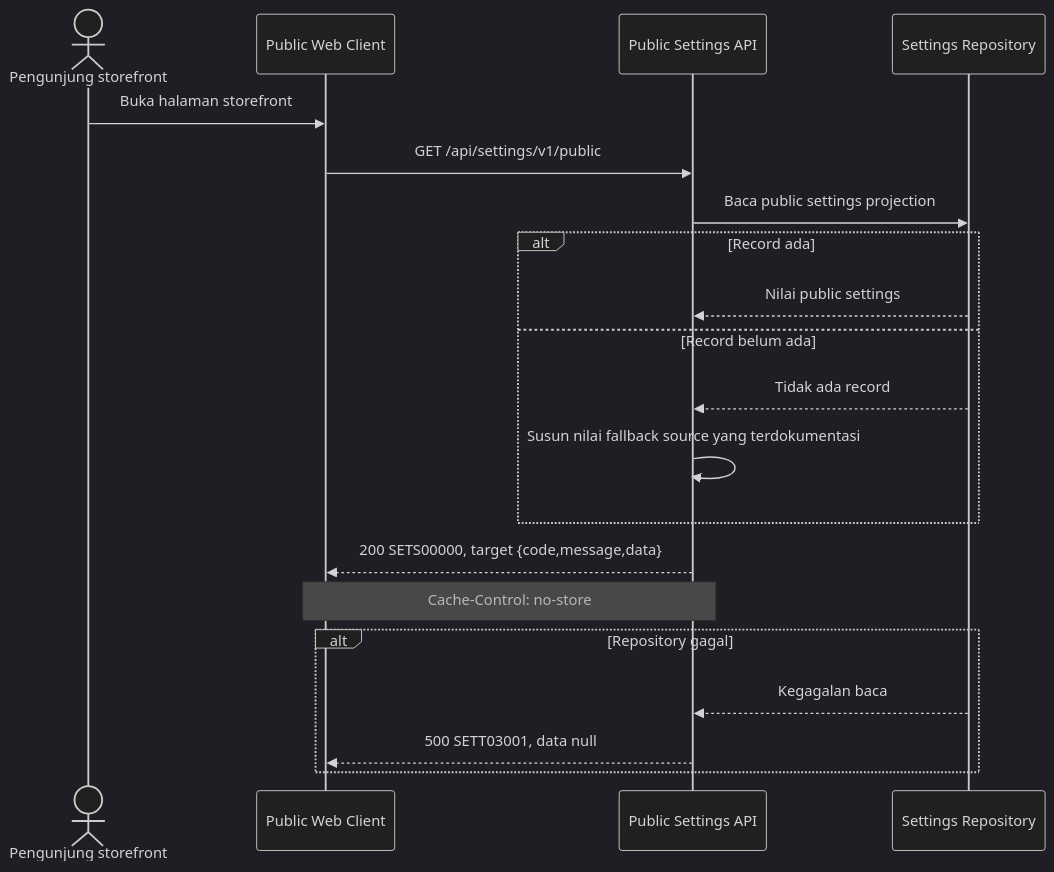
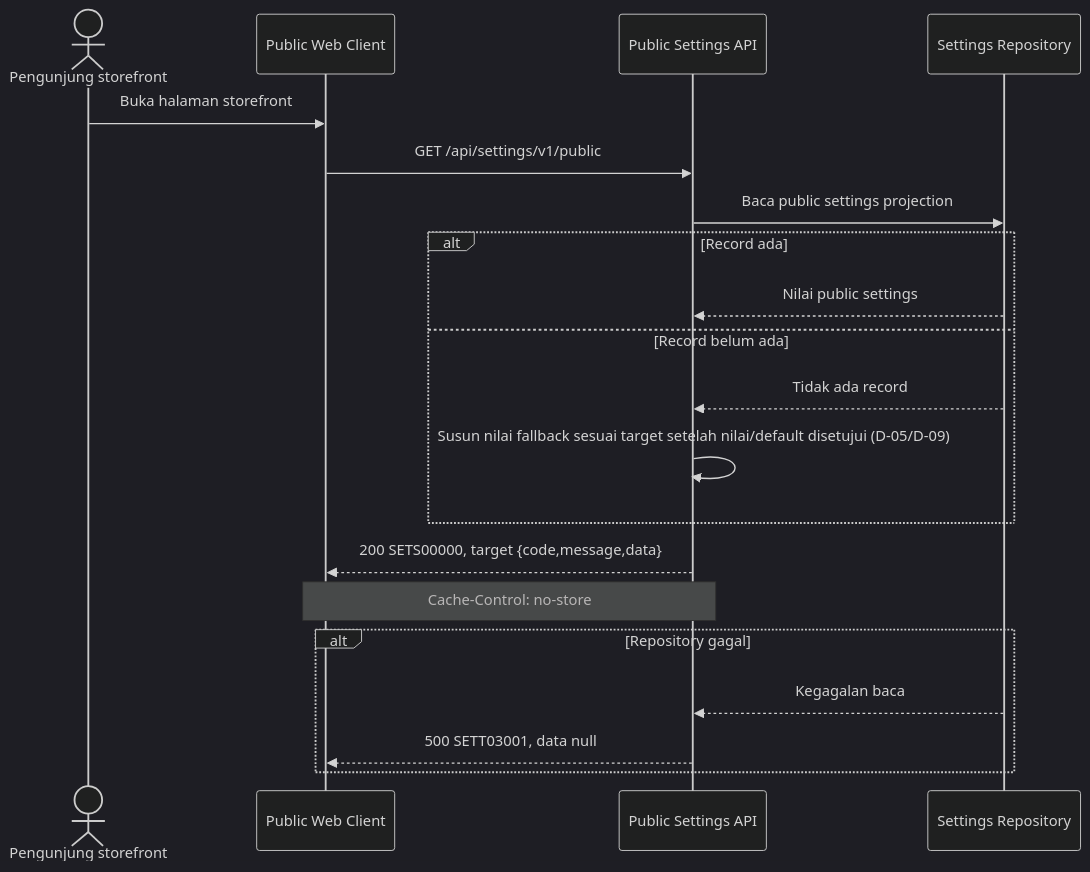
The diagram in sprint-2/solutioning/public/settings/get-public-settings.md (fatihmuhamadridho/docs-game-service-platform), drawn with Mermaid (dark theme) before and after one commit. The commit also changed other lines of this file and 24 other files, not shown here.

````diff
--- a/sprint-2/solutioning/public/settings/get-public-settings.md
+++ b/sprint-2/solutioning/public/settings/get-public-settings.md
@@ -14,22 +16,22 @@
 ```mermaid
 sequenceDiagram
     actor Visitor as Pengunjung storefront
     participant UI as Public Web Client
     participant API as Public Settings API
     participant DB as Settings Repository
     Visitor->>UI: Buka halaman storefront
     UI->>API: GET /api/settings/v1/public
     API->>DB: Baca public settings projection
     alt Record ada
         DB-->>API: Nilai public settings
     else Record belum ada
         DB-->>API: Tidak ada record
-        API->>API: Susun nilai fallback source yang terdokumentasi
+        API->>API: Susun nilai fallback sesuai target setelah nilai/default disetujui (D-05/D-09)
     end
     API-->>UI: 200 SETS00000, target {code,message,data}
     Note over API,UI: Cache-Control: no-store
     alt Repository gagal
         DB-->>API: Kegagalan baca
         API-->>UI: 500 SETT03001, data null
     end
 ```
````
